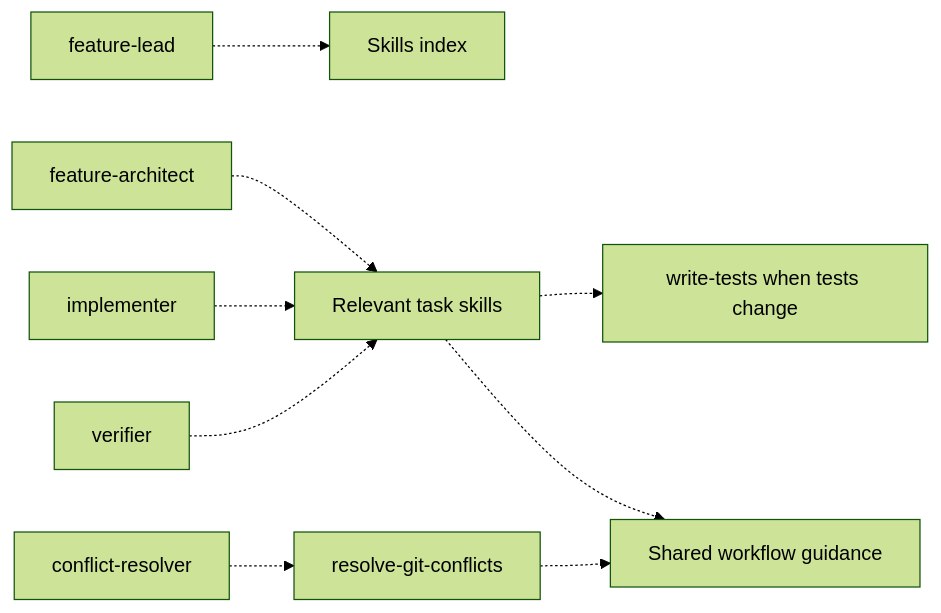
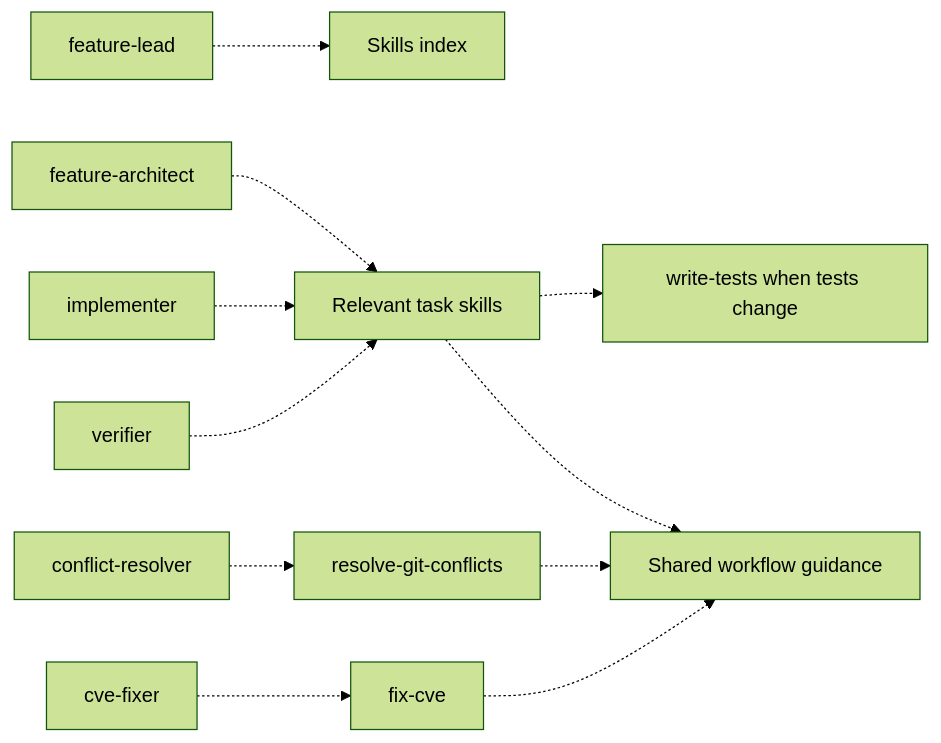
The fifth of 5 diagrams in doc/AI_AGENTS_AND_SKILLS.md (tarlepp/symfony-flex-backend), drawn with Mermaid (forest theme) before and after one commit. The commit also changed other lines of this file and 9 other files, not shown here.

First line of the commit message:
Chore(ai): integrate bounded CVE fixer into agent workflows

````diff
--- a/doc/AI_AGENTS_AND_SKILLS.md
+++ b/doc/AI_AGENTS_AND_SKILLS.md
@@ -193,11 +225,13 @@
 ```mermaid
 flowchart LR
     Lead["feature-lead"] -.-> Index["Skills index"]
     Architect["feature-architect"] -.-> Domain["Relevant task skills"]
     Writer["implementer"] -.-> Domain
     Check["verifier"] -.-> Domain
     Domain -.-> Tests["write-tests when tests change"]
     Resolver["conflict-resolver"] -.-> Git["resolve-git-conflicts"]
+    Fixer["cve-fixer"] -.-> CVE["fix-cve"]
     Domain -.-> Shared["Shared workflow guidance"]
     Git -.-> Shared
+    CVE -.-> Shared
 ```
````
